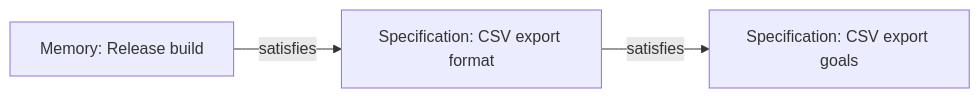
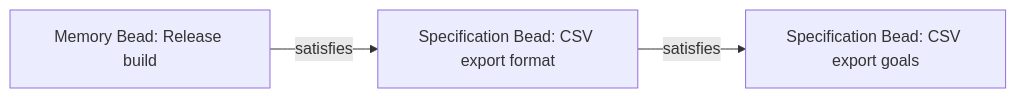
The fourth of 7 diagrams in specs/types/memory/memory.md (gastownhall/bdp), drawn with Mermaid before and after one commit. The commit also changed other lines of this file and 5 other files, not shown here.

````diff
--- a/specs/types/memory/memory.md
+++ b/specs/types/memory/memory.md
@@ -65,5 +116,5 @@
 ```mermaid
 flowchart LR
-    I["Memory: Release build"] -->|satisfies| D["Specification: CSV export format"]
-    D -->|satisfies| G["Specification: CSV export goals"]
+    I["Memory Bead: Release build"] -->|satisfies| D["Specification Bead: CSV export format"]
+    D -->|satisfies| G["Specification Bead: CSV export goals"]
 ```
````
